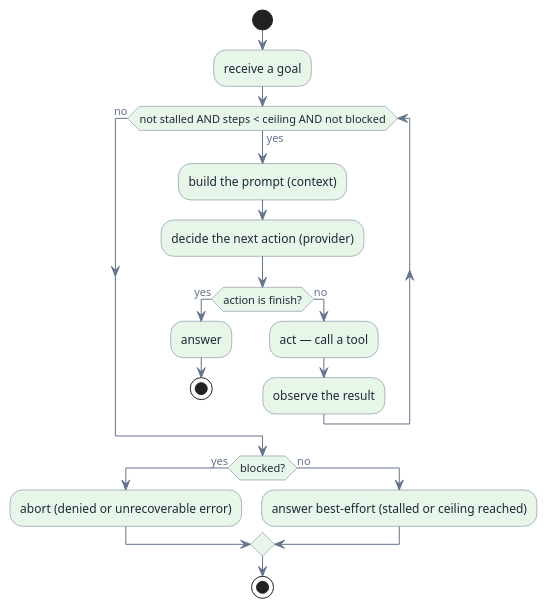
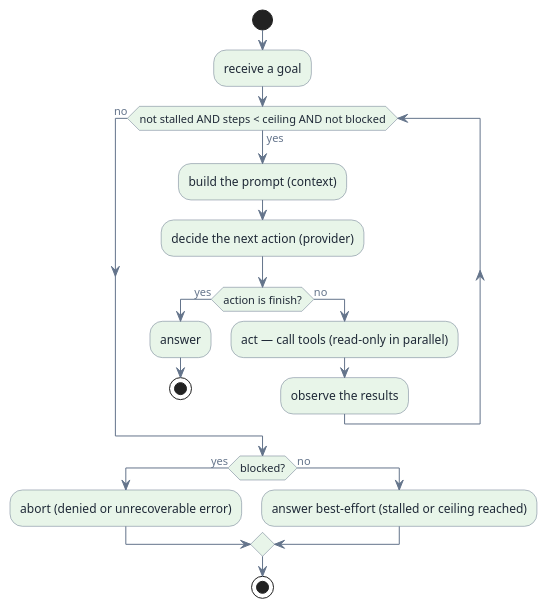
One commit to invented-pro/sudoer changed the first of 2 diagrams in 00_bp/C1_loop.md. Above: the diagram before and after it, drawn with PlantUML. The commit also changed other lines of this file and 26 other files, not shown here.

First line of the commit message:
Update Prop blueprint: multi-call loop, full tool catalog, 24-task gate

````diff
--- a/00_bp/C1_loop.md
+++ b/00_bp/C1_loop.md
@@ -18,29 +19,29 @@
 ```plantuml
 @startuml
 skinparam backgroundColor transparent
 skinparam defaultFontColor #64748B
 skinparam activityBackgroundColor #E8F5E9
 skinparam activityBorderColor #64748B
 skinparam activityFontColor #1F2937
 skinparam arrowColor #64748B
 start
 :receive a goal;
 while (not stalled AND steps < ceiling AND not blocked) is (yes)
   :build the prompt (context);
   :decide the next action (provider);
   if (action is finish?) then (yes)
     :answer;
     stop
   else (no)
-    :act — call a tool;
-    :observe the result;
+    :act — call tools (read-only in parallel);
+    :observe the results;
   endif
 endwhile (no)
 if (blocked?) then (yes)
   :abort (denied or unrecoverable error);
 else (no)
   :answer best-effort (stalled or ceiling reached);
 endif
 stop
 @enduml
 ```
````
